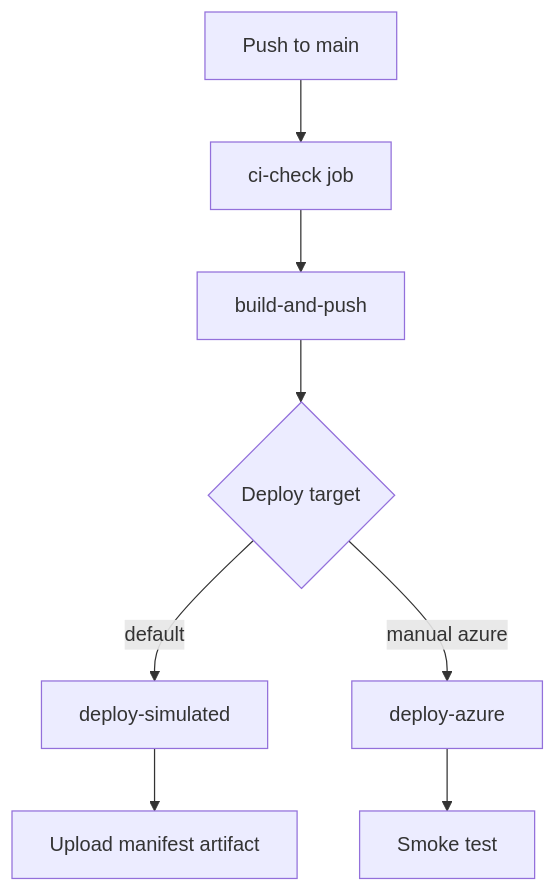
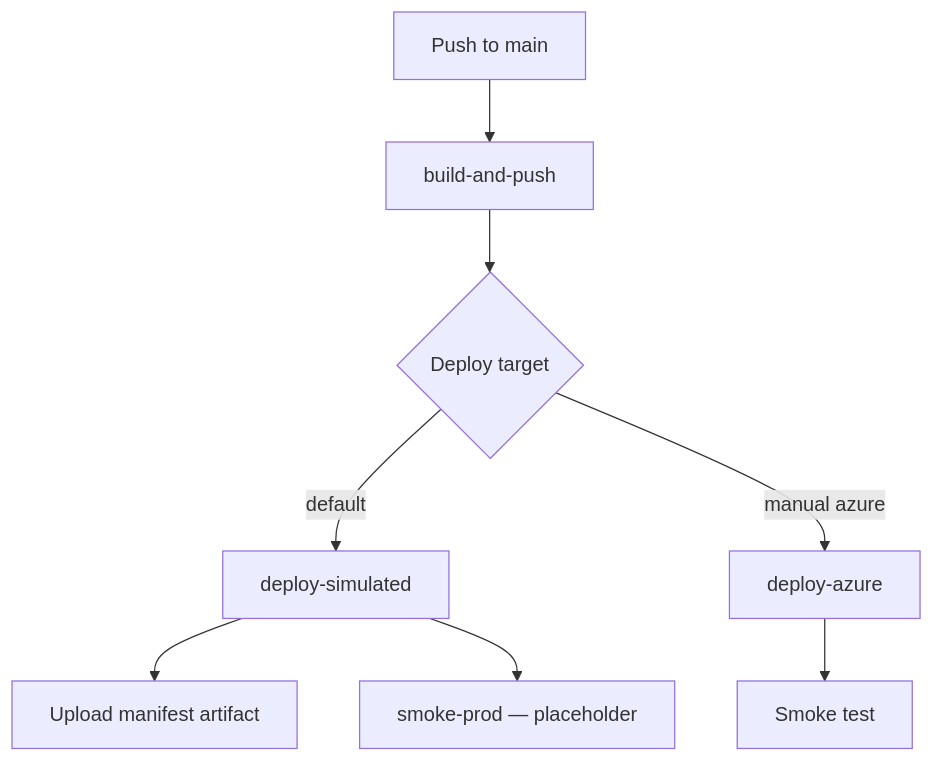
Before and after one commit to angar4ik/dotnet-cicd-pipeline: the diagram in docs/05-github-actions-cd.md, drawn with Mermaid. The commit also changed other lines of this file and 1 other file, not shown here.

First line of the commit message:
refactor: decouple CD from CI/E2E, add prod smoke test placeholder

````diff
--- a/docs/05-github-actions-cd.md
+++ b/docs/05-github-actions-cd.md
@@ -13,10 +13,10 @@
 ```mermaid
 flowchart TD
-  A[Push to main] --> B[ci-check job]
-  B --> C[build-and-push]
-  C --> D{Deploy target}
-  D -->|default| E[deploy-simulated]
-  D -->|manual azure| F[deploy-azure]
-  E --> G[Upload manifest artifact]
+  A[Push to main] --> B[build-and-push]
+  B --> C{Deploy target}
+  C -->|default| D[deploy-simulated]
+  C -->|manual azure| F[deploy-azure]
+  D --> G[Upload manifest artifact]
+  D --> E[smoke-prod — placeholder]
   F --> H[Smoke test]
 ```
````
